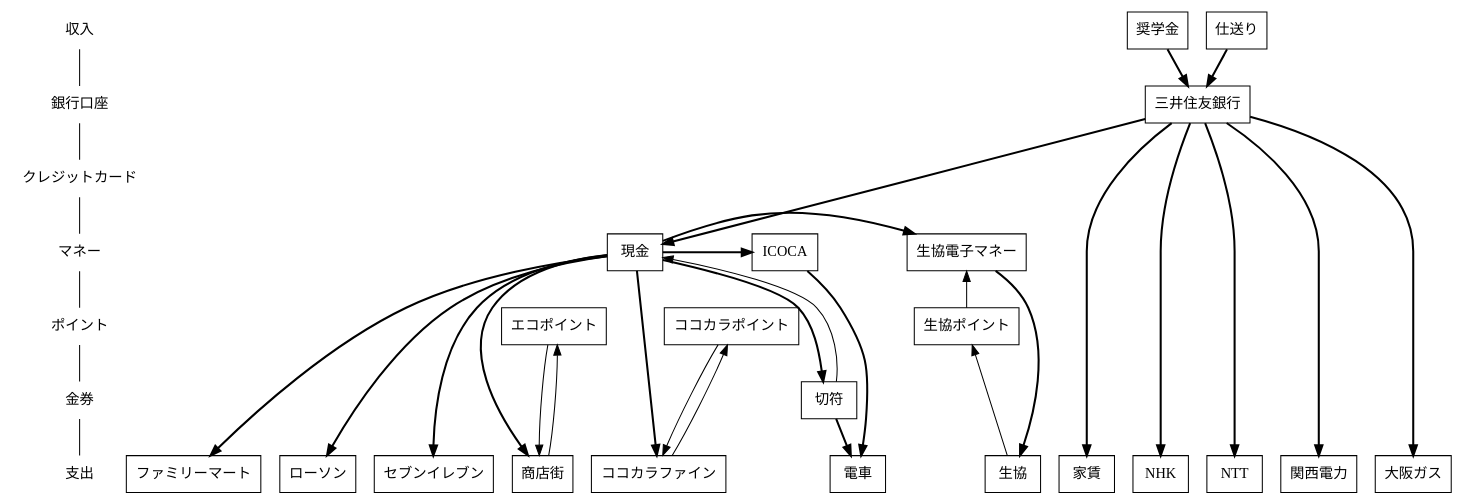
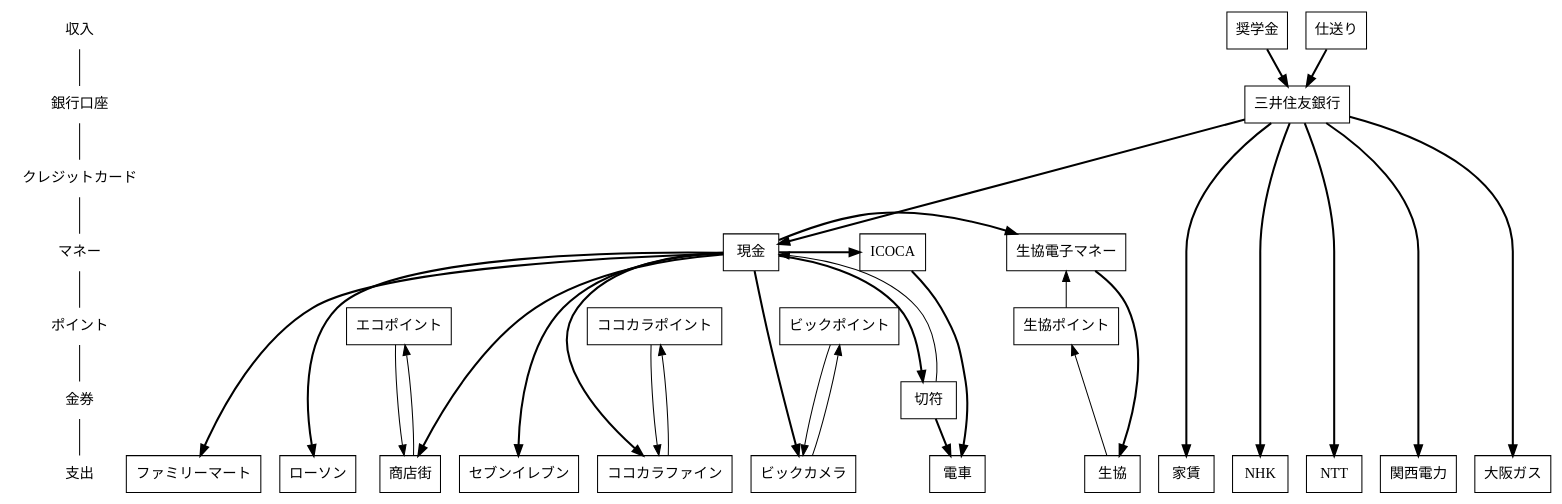
One commit to saireya/moneyflow changed the diagram in flow.dot. Above: the diagram before and after it, drawn with Graphviz.

Commit message:
2010/12: Added BicCamera

```diff
--- a/flow.dot
+++ b/flow.dot
@@ -1,82 +1,86 @@
 // dot -Tsvg flow.dot -o flow.svg
 digraph "MoneyFlow"
 {
 	node [ shape = box ];
 
 	"収入", "銀行口座", "クレジットカード", "マネー", "ポイント", "金券", "支出" [shape = none];
 	"収入" -> "銀行口座" -> "クレジットカード" -> "マネー" -> "ポイント" -> "金券" -> "支出" [arrowhead = none];
 	{
 		rank = same; "収入";
 		奨学金;
 		仕送り;
 	}
 
 	{
 		rank = same; "銀行口座";
 		三井住友銀行;
 	}
 
 	{
 		rank = same; "クレジットカード";
 	}
 
 	{
 		rank = same; "マネー";
 		ICOCA;
 		生協電子マネー;
 		現金;
 	}
 
 	{
 		rank = same; "ポイント";
 		エコポイント;
 		生協ポイント;
 		ココカラポイント;
+		ビックポイント;
 	}
 
 	{
 		rank = same; "金券";
 		切符;
 	}
 
 	{
 		rank = same; "支出";
 		家賃;
 		// コンビニ
 		ローソン;
 		セブンイレブン;
 		ファミリーマート;
 		// 交通
 		電車;
 		// インフラ
 		NHK;
 		NTT;
 		関西電力;
 		大阪ガス;
 		// 店舗
 		商店街;
 		生協;
 		ココカラファイン;
+		ビックカメラ;
 	}
 
 	// SMBC
 	奨学金 -> 三井住友銀行 [style="bold", weight=100];
 	仕送り -> 三井住友銀行 [style="bold", weight=100];
 	三井住友銀行 -> 現金, 家賃, 関西電力, 大阪ガス, NHK, NTT [style="bold", weight=100];
 
 	// 現金
 	現金 -> 商店街 [style="bold", weight=100];
 	商店街 -> エコポイント -> 商店街;
 	現金 -> ローソン [style="bold", weight=100];
 	現金 -> セブンイレブン [style="bold", weight=100];
 	現金 -> ファミリーマート [style="bold", weight=100];
 	現金 -> 生協電子マネー [style="bold", weight=100];
 	生協電子マネー -> 生協 [style="bold", weight=100];
 	生協 -> 生協ポイント -> 生協電子マネー;
 	現金 -> ココカラファイン [style="bold", weight=100];
 	ココカラファイン -> ココカラポイント -> ココカラファイン;
+	現金 -> ビックカメラ [style="bold", weight=100];
+	ビックカメラ -> ビックポイント -> ビックカメラ;
 
 	現金 -> ICOCA -> 電車 [style="bold", weight=100];
 	現金 -> 切符 -> 電車 [style="bold", weight=100];
 	切符 -> 現金;
 } 
```
